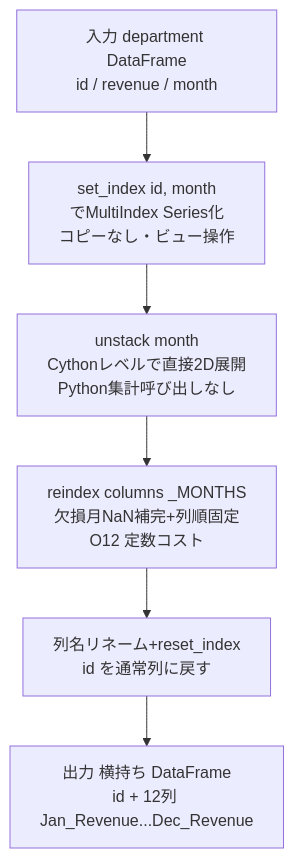
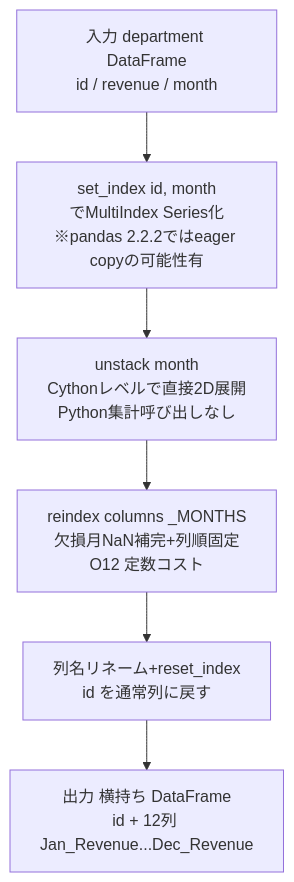
The second of 2 diagrams in SQL/Leetcode/Basic select/1179. Reformat Department Table/Claude Sonnet 4.6 Extended/Reformat_Department_Table_pandas.md (myoshi2891/Algorithm-DataStructures-Math-SQL), drawn with Mermaid before and after one commit. The commit also changed other lines of this file and 5 other files, not shown here.

````diff
--- a/SQL/Leetcode/Basic select/1179. Reformat Department Table/Claude Sonnet 4.6 Extended/Reformat_Department_Table_pandas.md
+++ b/SQL/Leetcode/Basic select/1179. Reformat Department Table/Claude Sonnet 4.6 Extended/Reformat_Department_Table_pandas.md
@@ -221,15 +221,15 @@
 ```mermaid
 flowchart TD
   A[入力 department DataFrame<br>id / revenue / month]
-  B[set_index id, month<br>でMultiIndex Series化<br>コピーなし・ビュー操作]
+  B[set_index id, month<br>でMultiIndex Series化<br>※pandas 2.2.2ではeager copyの可能性有]
   C[unstack month<br>Cythonレベルで直接2D展開<br>Python集計呼び出しなし]
   D[reindex columns _MONTHS<br>欠損月NaN補完+列順固定<br>O12 定数コスト]
   E[列名リネーム+reset_index<br>id を通常列に戻す]
   F[出力 横持ち DataFrame<br>id + 12列 Jan_Revenue...Dec_Revenue]
 
   A --> B
   B --> C
   C --> D
   D --> E
   E --> F
 ```
````
